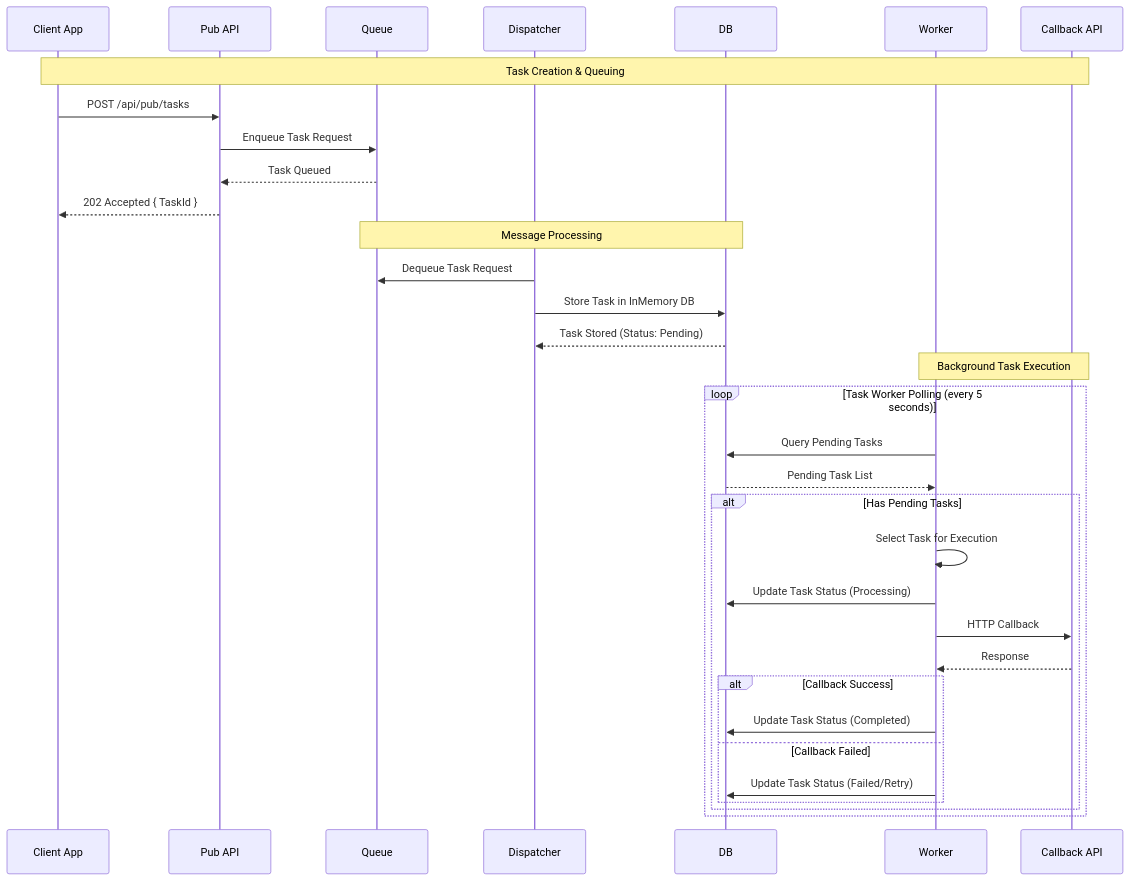
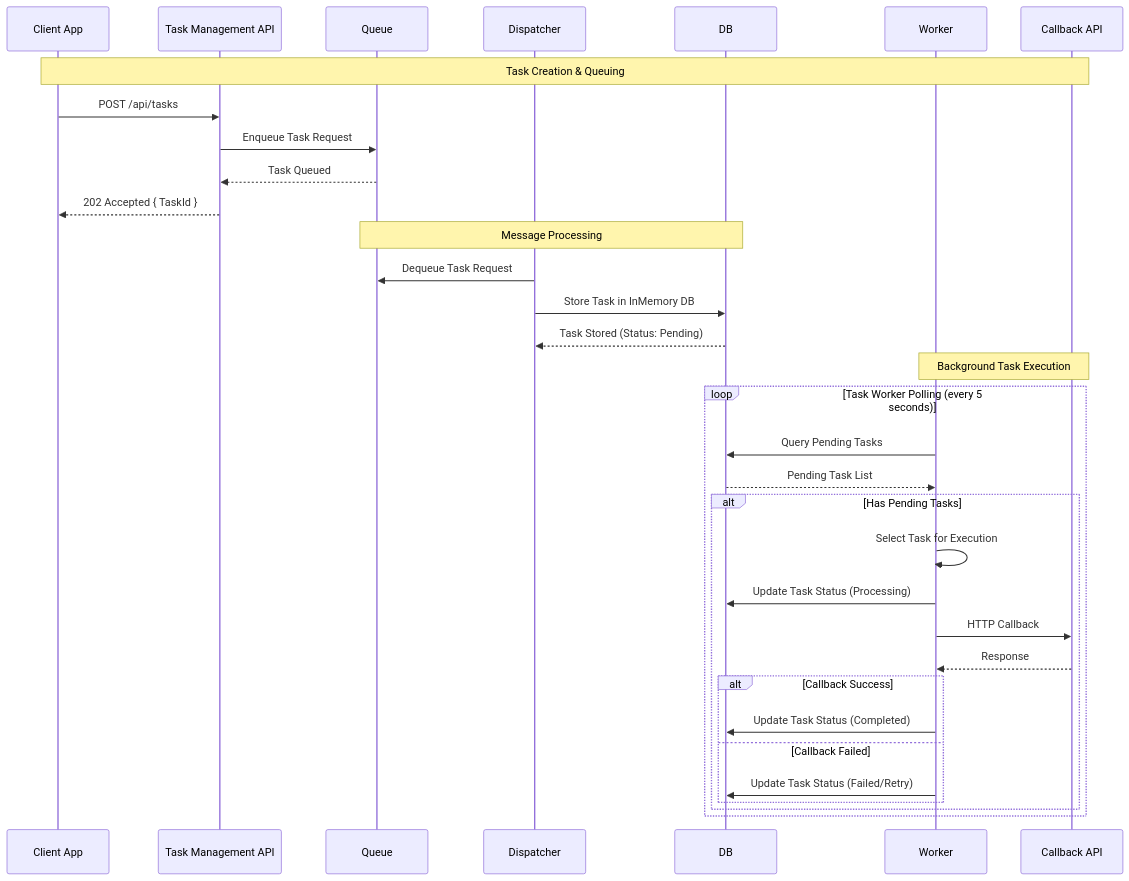
One commit to yaochangyu/eventbus-platform changed the third of 9 diagrams in .specs/design.md. Above: the diagram before and after it, drawn with Mermaid. The commit also changed other lines of this file and 17 other files, not shown here.

First line of the commit message:
refactor(architecture): 重構 Task 處理機制，簡化 API 架構設計

````diff
--- a/.specs/design.md
+++ b/.specs/design.md
@@ -285,38 +285,38 @@
 ```mermaid
 sequenceDiagram
     participant Client as Client App
-    participant API as Pub API
+    participant API as Task Management API
     participant Queue as Queue
     participant Dispatcher as Dispatcher
     participant DB as DB
     participant Worker as Worker
     participant External as Callback API
 
     Note over Client,External: Task Creation & Queuing
-    Client->>API: POST /api/pub/tasks
+    Client->>API: POST /api/tasks
     API->>Queue: Enqueue Task Request
     Queue-->>API: Task Queued
     API-->>Client: 202 Accepted { TaskId }
 
     Note over Queue,DB: Message Processing
     Dispatcher->>Queue: Dequeue Task Request
     Dispatcher->>DB: Store Task in InMemory DB
     DB-->>Dispatcher: Task Stored (Status: Pending)
 
     Note over Worker,External: Background Task Execution
     loop Task Worker Polling (every 5 seconds)
         Worker->>DB: Query Pending Tasks
         DB-->>Worker: Pending Task List
         alt Has Pending Tasks
             Worker->>Worker: Select Task for Execution
             Worker->>DB: Update Task Status (Processing)
             Worker->>External: HTTP Callback
             External-->>Worker: Response
             alt Callback Success
                 Worker->>DB: Update Task Status (Completed)
             else Callback Failed
                 Worker->>DB: Update Task Status (Failed/Retry)
             end
         end
     end
 ```
````
